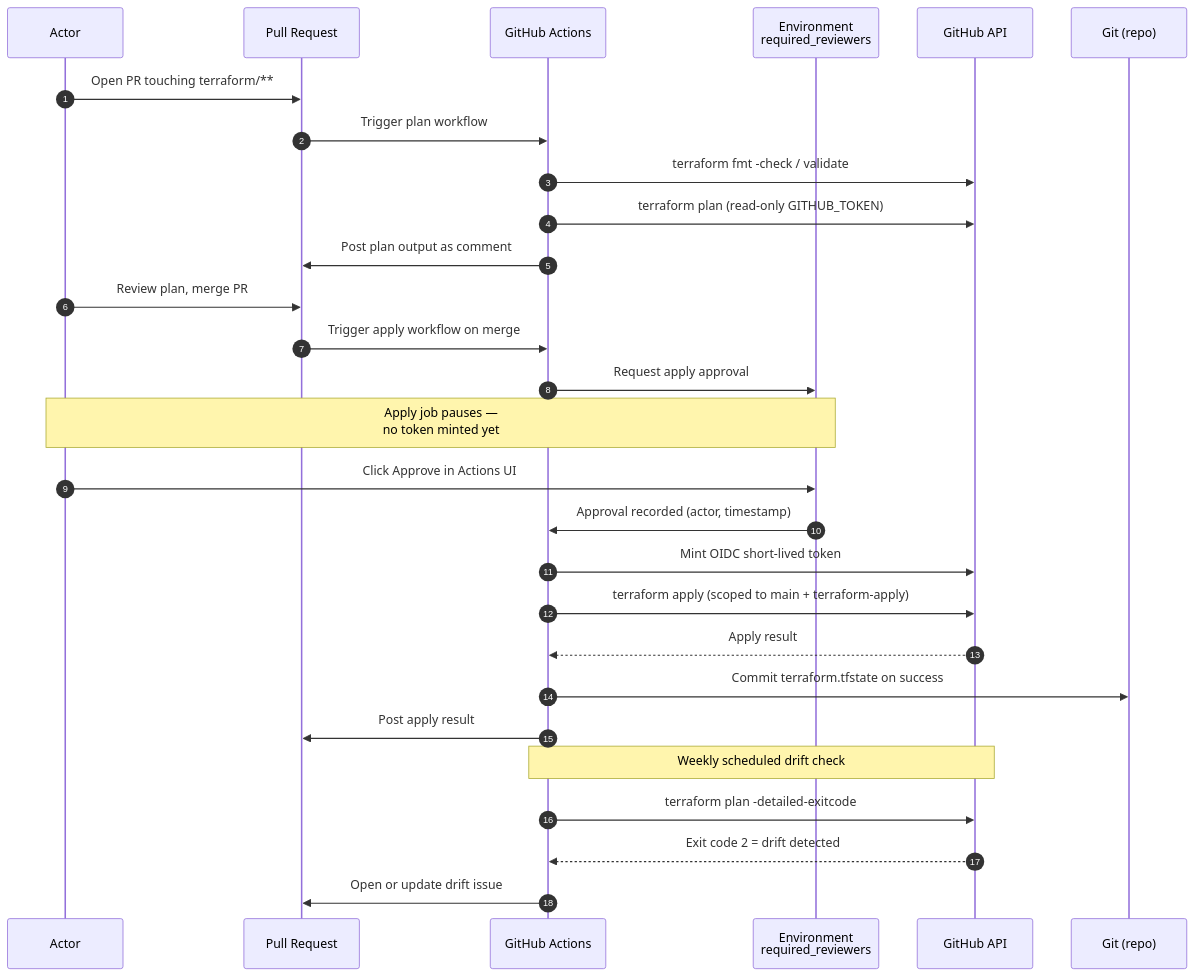
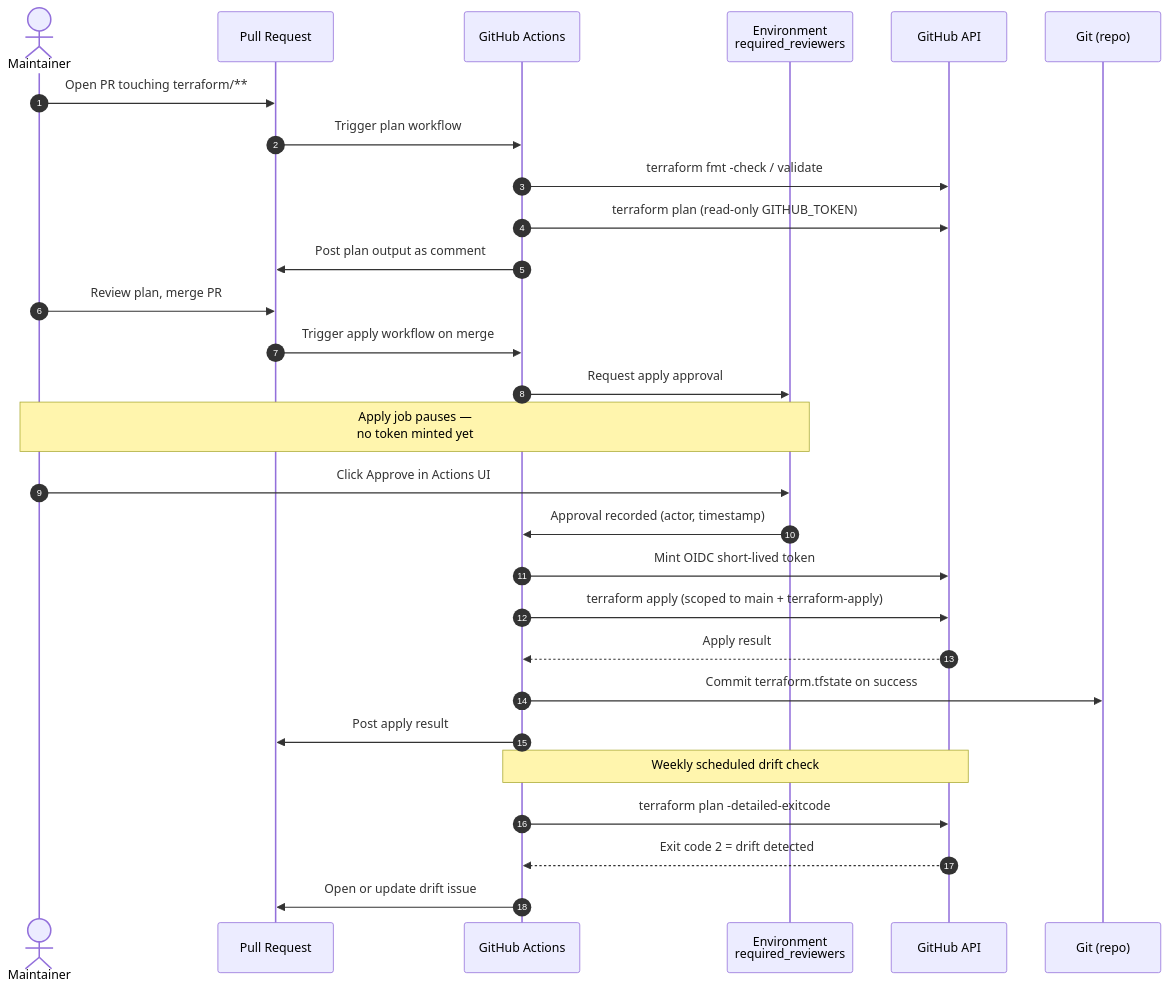
The diagram in docs/decisions/0009-decide-how-to-sync-github-repo-settings-with-terraform.md (tkoyama010/pyvista-wasm), drawn with Mermaid before and after one commit.

Commit message:
docs: render Maintainer as stick figure in ADR-0009 Mermaid diagram
Use Mermaid's `actor` keyword instead of `participant` so the
Maintainer is drawn as a stick figure (棒人間) rather than a box,
matching standard UML sequence-diagram convention for human actors.

````diff
--- a/docs/decisions/0009-decide-how-to-sync-github-repo-settings-with-terraform.md
+++ b/docs/decisions/0009-decide-how-to-sync-github-repo-settings-with-terraform.md
@@ -144,32 +144,32 @@
 ```{mermaid}
 sequenceDiagram
     autonumber
-    participant A as Actor
+    actor M as Maintainer
     participant PR as Pull Request
     participant CI as GitHub Actions
     participant ENV as Environment<br/>required_reviewers
     participant GH as GitHub API
     participant GIT as Git (repo)
 
-    A->>PR: Open PR touching terraform/**
+    M->>PR: Open PR touching terraform/**
     PR->>CI: Trigger plan workflow
     CI->>GH: terraform fmt -check / validate
     CI->>GH: terraform plan (read-only GITHUB_TOKEN)
     CI->>PR: Post plan output as comment
-    A->>PR: Review plan, merge PR
+    M->>PR: Review plan, merge PR
     PR->>CI: Trigger apply workflow on merge
     CI->>ENV: Request apply approval
-    Note over ENV,A: Apply job pauses —<br/>no token minted yet
-    A->>ENV: Click Approve in Actions UI
+    Note over ENV,M: Apply job pauses —<br/>no token minted yet
+    M->>ENV: Click Approve in Actions UI
     ENV->>CI: Approval recorded (actor, timestamp)
     CI->>GH: Mint OIDC short-lived token
     CI->>GH: terraform apply (scoped to main + terraform-apply)
     GH-->>CI: Apply result
     CI->>GIT: Commit terraform.tfstate on success
     CI->>PR: Post apply result
 
     Note over CI,GH: Weekly scheduled drift check
     CI->>GH: terraform plan -detailed-exitcode
     GH-->>CI: Exit code 2 = drift detected
     CI->>PR: Open or update drift issue
 ```
````
